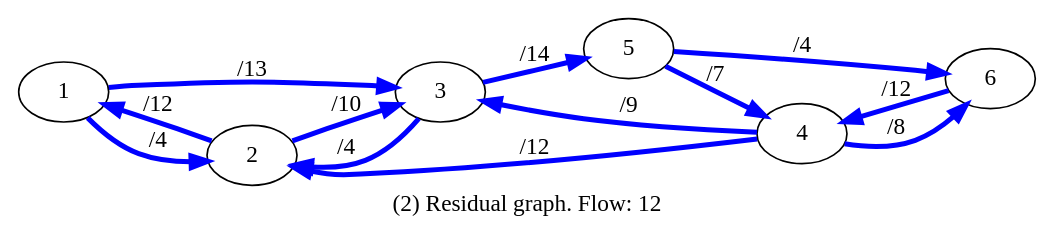
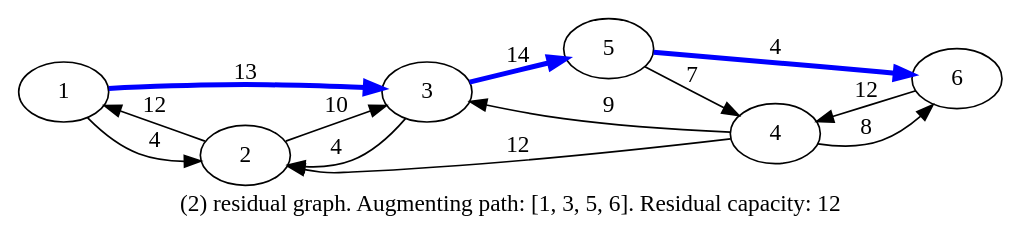
Before and after one commit to maryamass/Graph: the diagram in output_residual2.gv, drawn with Graphviz. The commit also changed 9 other files, not shown here.

```diff
--- a/output_residual2.gv
+++ b/output_residual2.gv
@@ -1,16 +1,16 @@
-digraph residual2 {
-rankdir="LR"
-label="(2) Residual graph. Flow: 12"
-  1 -> 2 [label="/4", color=blue, penwidth=3];
-  1 -> 3 [label="/13", color=blue, penwidth=3];
-  2 -> 1 [label="/12", color=blue, penwidth=3];
-  2 -> 3 [label="/10", color=blue, penwidth=3];
-  3 -> 2 [label="/4", color=blue, penwidth=3];
-  3 -> 5 [label="/14", color=blue, penwidth=3];
-  4 -> 2 [label="/12", color=blue, penwidth=3];
-  4 -> 3 [label="/9", color=blue, penwidth=3];
-  4 -> 6 [label="/8", color=blue, penwidth=3];
-  5 -> 4 [label="/7", color=blue, penwidth=3];
-  5 -> 6 [label="/4", color=blue, penwidth=3];
-  6 -> 4 [label="/12", color=blue, penwidth=3];
+digraph residualGraph2 {
+  rankdir="LR"
+  label="(2) residual graph. Augmenting path: [1, 3, 5, 6]. Residual capacity: 12"
+  1 -> 2 [label="4"];
+  1 -> 3 [label="13", color=blue, penwidth=3];
+  2 -> 1 [label="12"];
+  2 -> 3 [label="10"];
+  3 -> 2 [label="4"];
+  3 -> 5 [label="14", color=blue, penwidth=3];
+  4 -> 2 [label="12"];
+  4 -> 3 [label="9"];
+  4 -> 6 [label="8"];
+  5 -> 4 [label="7"];
+  5 -> 6 [label="4", color=blue, penwidth=3];
+  6 -> 4 [label="12"];
 }
```
